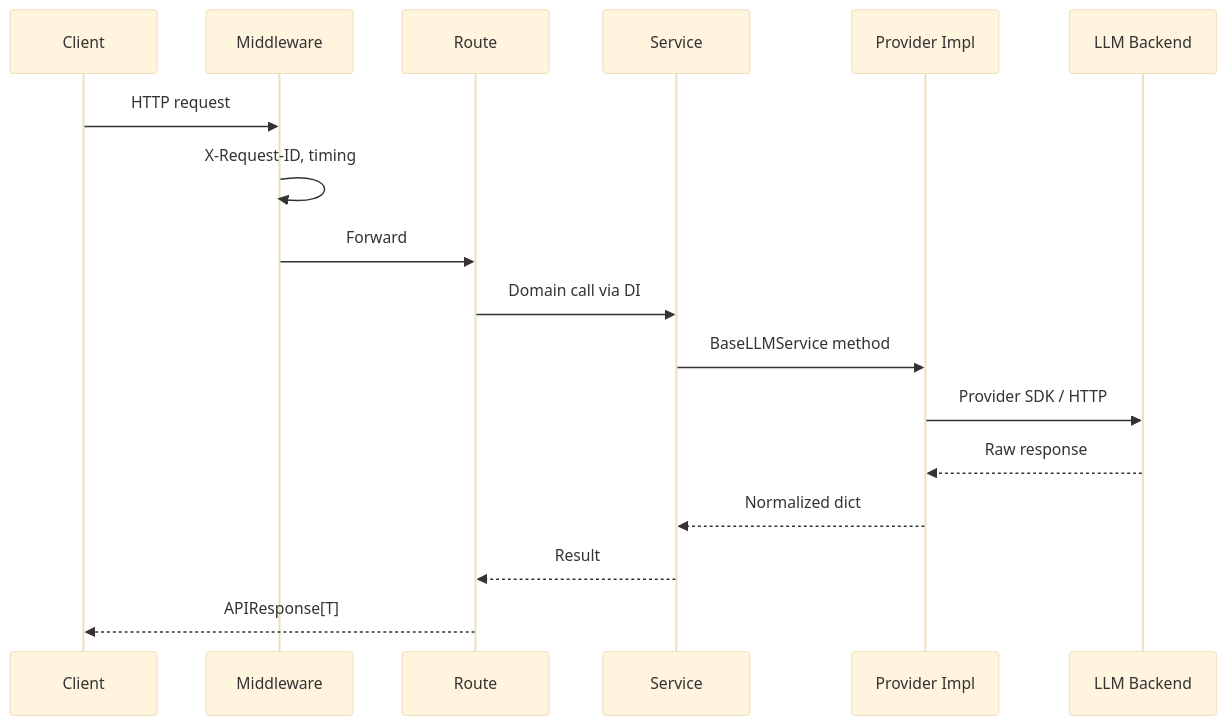
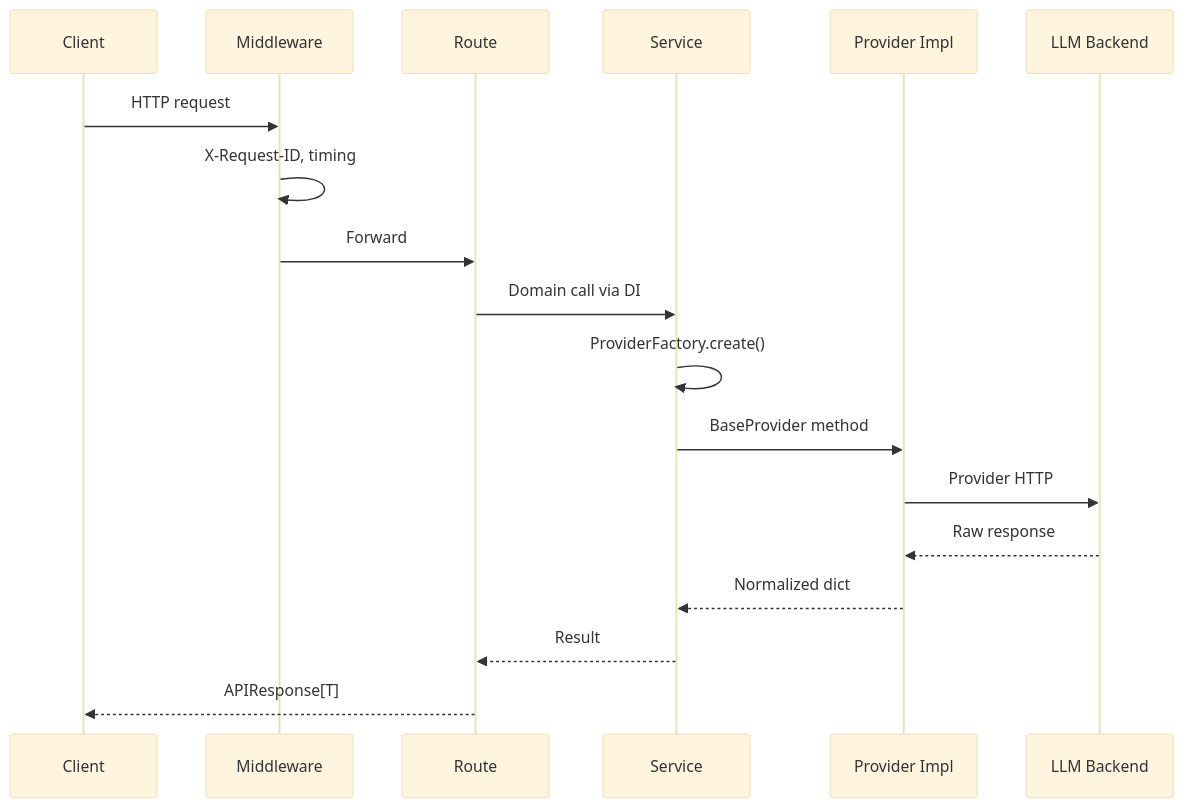
Before and after one commit to abhishek2296/AI_Gateway: the second of 8 diagrams in docs/ARCHITECTURE.md, drawn with Mermaid (base theme). The commit also changed other lines of this file and 55 other files, not shown here.

````diff
--- a/docs/ARCHITECTURE.md
+++ b/docs/ARCHITECTURE.md
@@ -26,20 +26,21 @@
 ```mermaid
 sequenceDiagram
     participant C as Client
     participant MW as Middleware
     participant R as Route
     participant S as Service
     participant P as Provider Impl
     participant L as LLM Backend
 
     C->>MW: HTTP request
     MW->>MW: X-Request-ID, timing
     MW->>R: Forward
     R->>S: Domain call via DI
-    S->>P: BaseLLMService method
-    P->>L: Provider SDK / HTTP
+    S->>S: ProviderFactory.create()
+    S->>P: BaseProvider method
+    P->>L: Provider HTTP
     L-->>P: Raw response
     P-->>S: Normalized dict
     S-->>R: Result
     R-->>C: APIResponse[T]
 ```
````
